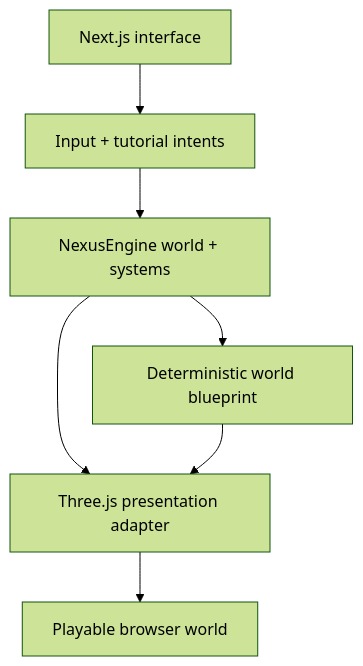
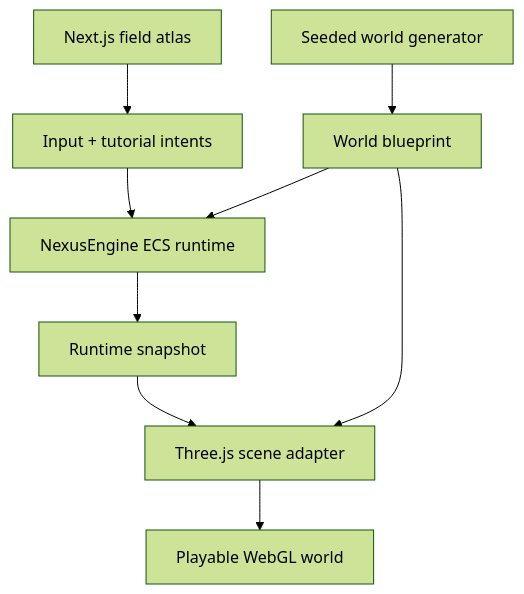
One commit to LuminaryLabs-Dev/NexusWorldGen changed the diagram in docs/architecture.md. Above: the diagram before and after it, drawn with Mermaid (forest theme). The commit also changed other lines of this file and 12 other files, not shown here.

````diff
--- a/docs/architecture.md
+++ b/docs/architecture.md
@@ -11,9 +7,11 @@
 ```mermaid
 flowchart TD
-    UI["Next.js interface"] --> Input["Input + tutorial intents"]
-    Input --> Core["NexusEngine world + systems"]
-    Core --> Model["Deterministic world blueprint"]
-    Core --> Adapter["Three.js presentation adapter"]
-    Model --> Adapter
-    Adapter --> View["Playable browser world"]
+    UI["Next.js field atlas"] --> Input["Input + tutorial intents"]
+    Input --> Core["NexusEngine ECS runtime"]
+    Generator["Seeded world generator"] --> Blueprint["World blueprint"]
+    Blueprint --> Core
+    Core --> Snapshot["Runtime snapshot"]
+    Blueprint --> Renderer["Three.js scene adapter"]
+    Snapshot --> Renderer
+    Renderer --> View["Playable WebGL world"]
 ```
````
